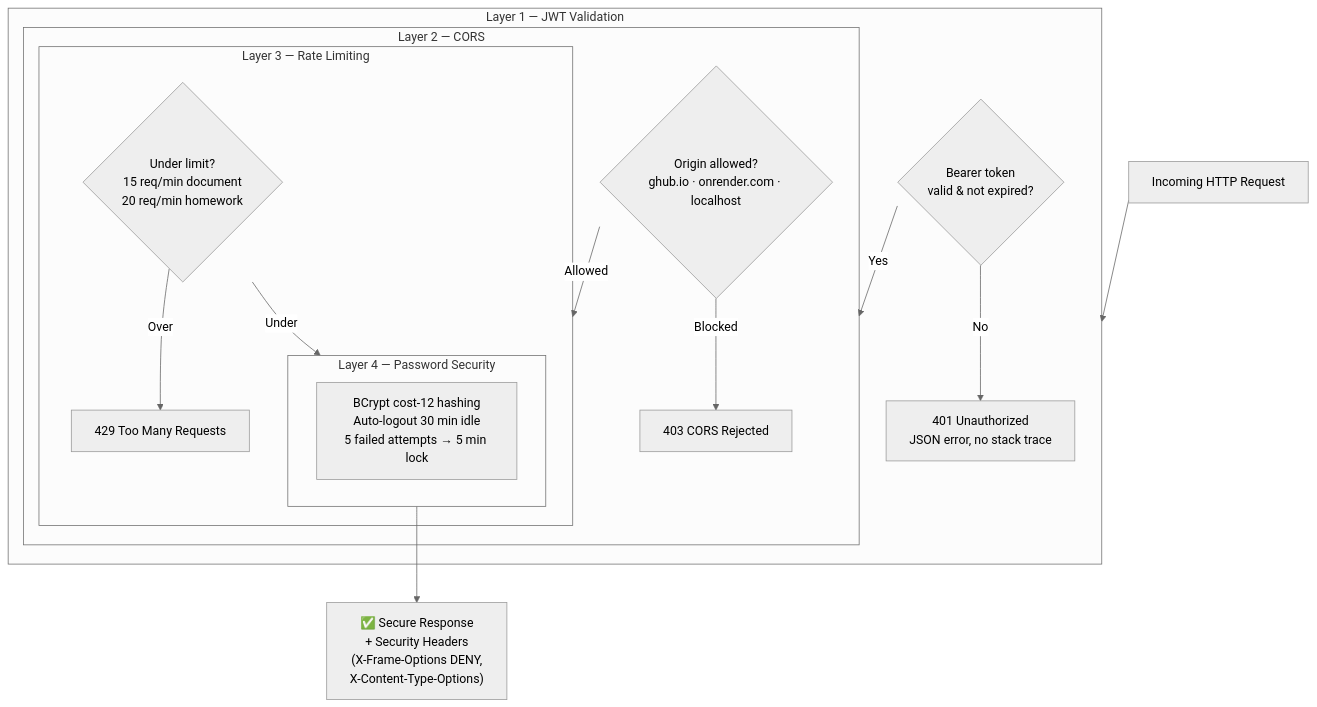
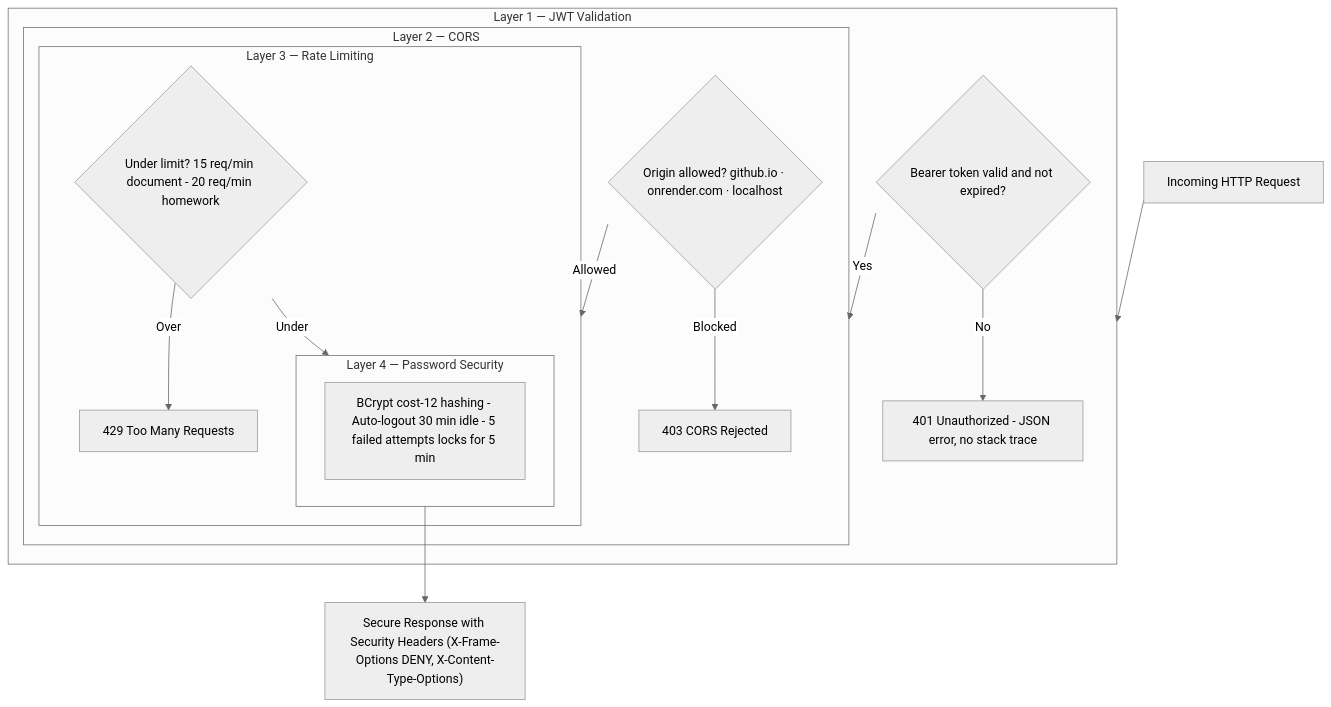
The fifth of 5 diagrams in README.md (bkumars22/ARIA), drawn with Mermaid (neutral theme) before and after one commit. The commit also changed other lines of this file, not shown here.

````diff
--- a/README.md
+++ b/README.md
@@ -394,30 +392,30 @@
 ```mermaid
 flowchart TD
     Req["Incoming HTTP Request"]
 
     Req --> L1
 
     subgraph L1 ["Layer 1 — JWT Validation"]
-        JWT{"Bearer token\nvalid & not expired?"}
-        JWT -->|No| R1["401 Unauthorized\nJSON error, no stack trace"]
+        JWT{"Bearer token valid and not expired?"}
+        JWT -->|No| R1["401 Unauthorized - JSON error, no stack trace"]
         JWT -->|Yes| L2
     end
 
     subgraph L2 ["Layer 2 — CORS"]
-        CORS{"Origin allowed?\nghub.io · onrender.com · localhost"}
+        CORS{"Origin allowed? github.io · onrender.com · localhost"}
         CORS -->|Blocked| R2["403 CORS Rejected"]
         CORS -->|Allowed| L3
     end
 
     subgraph L3 ["Layer 3 — Rate Limiting"]
-        Rate{"Under limit?\n15 req/min document\n20 req/min homework"}
+        Rate{"Under limit? 15 req/min document - 20 req/min homework"}
         Rate -->|Over| R3["429 Too Many Requests"]
         Rate -->|Under| L4
     end
 
     subgraph L4 ["Layer 4 — Password Security"]
-        BCrypt["BCrypt cost-12 hashing\nAuto-logout 30 min idle\n5 failed attempts → 5 min lock"]
+        BCrypt["BCrypt cost-12 hashing - Auto-logout 30 min idle - 5 failed attempts locks for 5 min"]
     end
 
-    L4 --> Resp["✅ Secure Response\n+ Security Headers\n(X-Frame-Options DENY,\nX-Content-Type-Options)"]
+    L4 --> Resp["Secure Response with Security Headers (X-Frame-Options DENY, X-Content-Type-Options)"]
 ```
````
